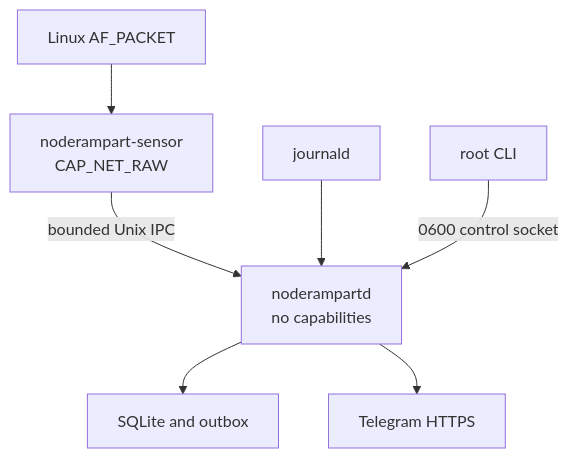
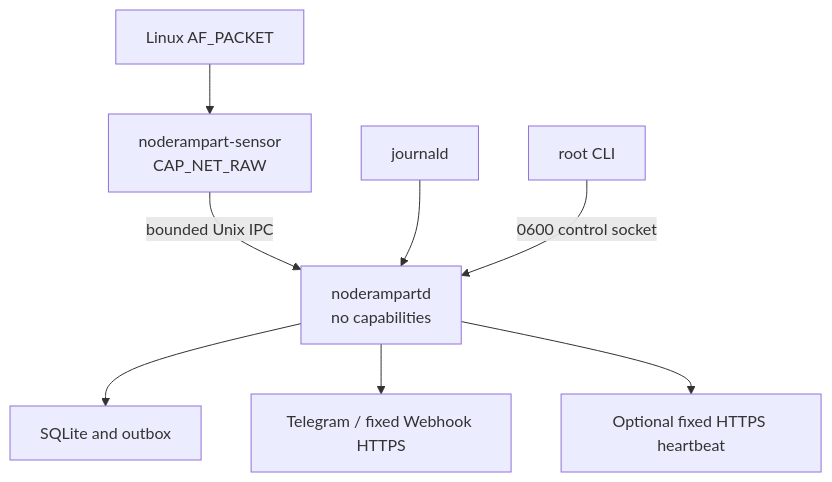
Before and after one commit to littlesho/NodeRampart: the diagram in docs/ARCHITECTURE.md, drawn with Mermaid. The commit also changed other lines of this file and 215 other files, not shown here.

````diff
--- a/docs/ARCHITECTURE.md
+++ b/docs/ARCHITECTURE.md
@@ -5,9 +5,10 @@
 ```mermaid
 flowchart TD
     K["Linux AF_PACKET"] --> S["noderampart-sensor<br/>CAP_NET_RAW"]
     S -->|"bounded Unix IPC"| D["noderampartd<br/>no capabilities"]
     J["journald"] --> D
     D --> Q["SQLite and outbox"]
-    D --> T["Telegram HTTPS"]
+    D --> T["Telegram / fixed Webhook HTTPS"]
+    D --> H["Optional fixed HTTPS heartbeat"]
     C["root CLI"] -->|"0600 control socket"| D
 ```
````
